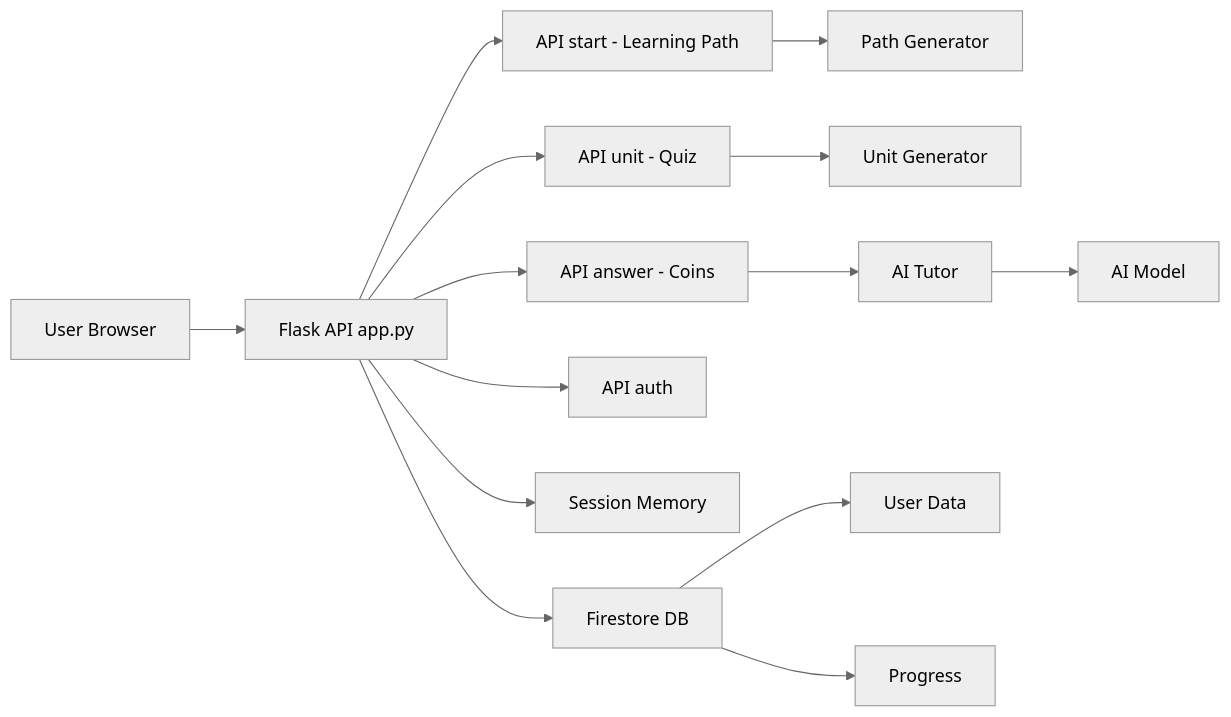
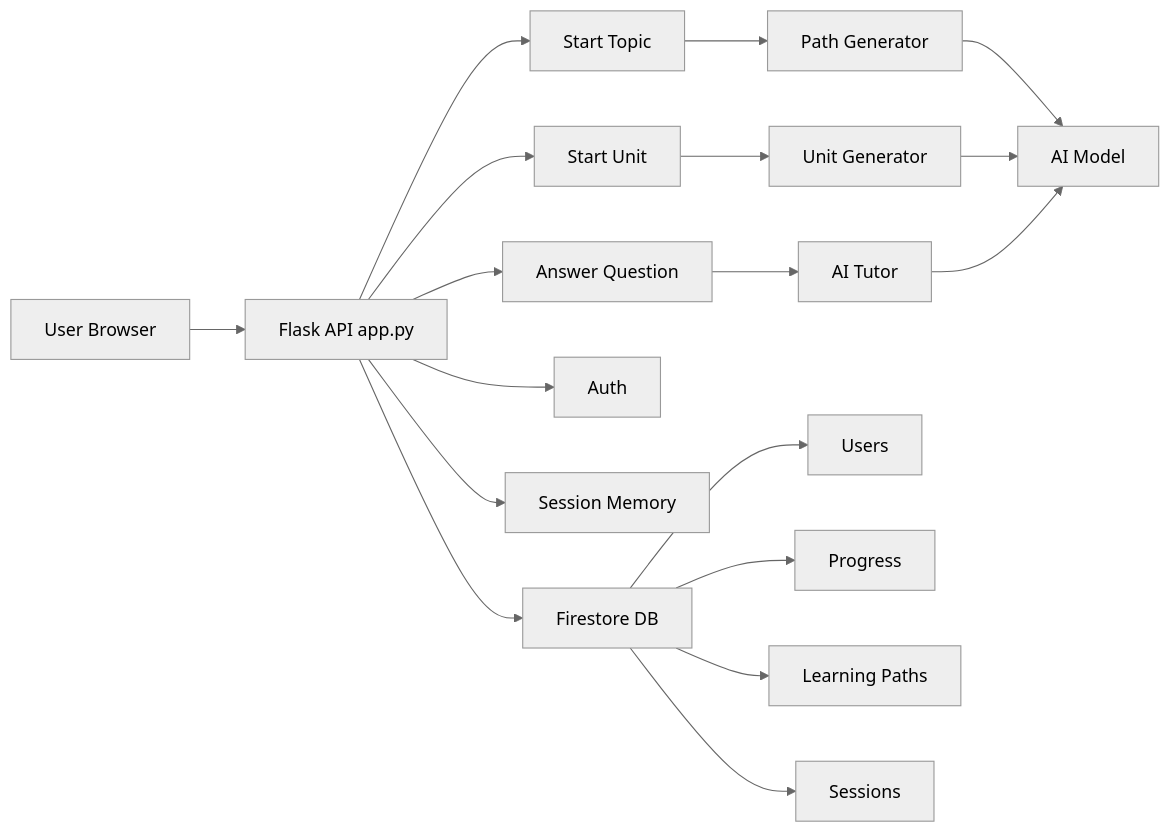
One commit to alejandronava562/Theorem changed the second of 2 diagrams in README.md. Above: the diagram before and after it, drawn with Mermaid (neutral theme).

Commit message:
Update flowchart in README with new API routes

````diff
--- a/README.md
+++ b/README.md
@@ -39,22 +39,30 @@
 ```mermaid
 flowchart LR
     A[User Browser] --> B[Flask API app.py]
 
-    B --> C[API start - Learning Path]
-    B --> D[API unit - Quiz]
-    B --> E[API answer - Coins]
-    B --> F[API auth]
+    %% API routes
+    B --> C[Start Topic]
+    B --> D[Start Unit]
+    B --> E[Answer Question]
+    B --> F[Auth]
 
+    %% Generators
     C --> G[Path Generator]
     D --> H[Unit Generator]
     E --> I[AI Tutor]
 
+    %% State
     B --> J[Session Memory]
     B --> K[Firestore DB]
 
-    K --> L[User Data]
+    %% Firestore data
+    K --> L[Users]
     K --> M[Progress]
+    K --> N[Learning Paths]
+    K --> O[Sessions]
 
-    I --> N[AI Model]
-
+    %% AI usage
+    G --> P[AI Model]
+    H --> P
+    I --> P
 ```
````
